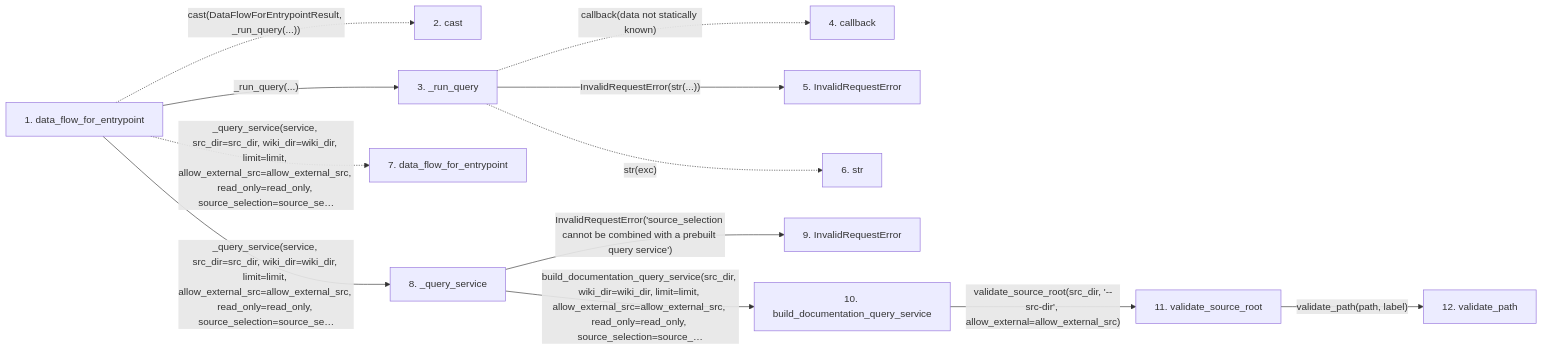
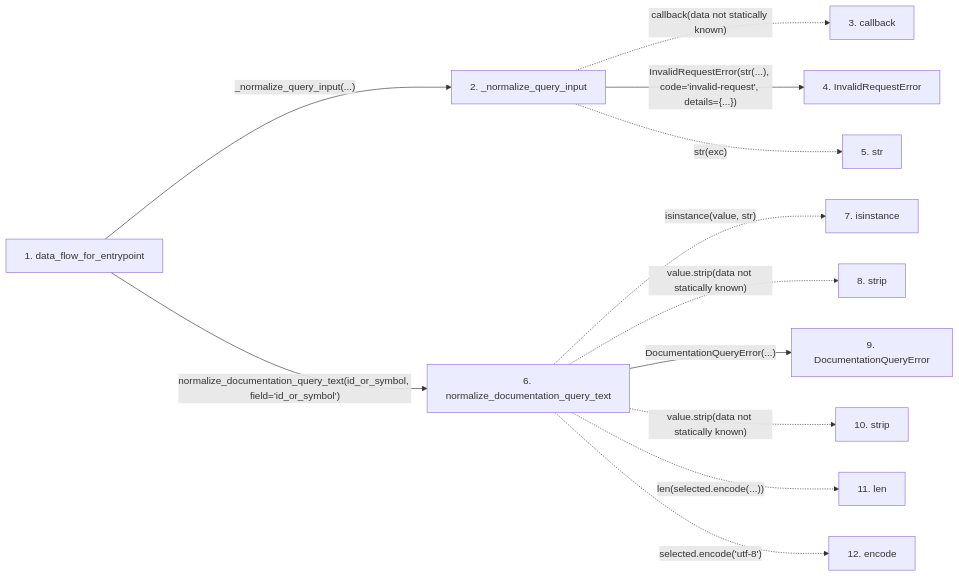
Before and after one commit to Denissvgn/python-wiki-llm: the second of 2 diagrams in docs/llm_wiki/flows/api-data_flow_for_entrypoint.md, drawn with Mermaid. The commit also changed other lines of this file and 364 other files, not shown here.

````diff
--- a/docs/llm_wiki/flows/api-data_flow_for_entrypoint.md
+++ b/docs/llm_wiki/flows/api-data_flow_for_entrypoint.md
@@ -85,34 +83,31 @@
 ```mermaid
 flowchart LR
     s1["1. data_flow_for_entrypoint"]
-    s2["2. cast"]
-    s3["3. _run_query"]
-    s4["4. callback"]
-    s5["5. InvalidRequestError"]
-    s6["6. str"]
-    s7["7. data_flow_for_entrypoint"]
-    s8["8. _query_service"]
-    s9["9. InvalidRequestError"]
-    s10["10. build_documentation_query_service"]
-    s11["11. validate_source_root"]
-    s12["12. validate_path"]
-    s1 -. "cast(DataFlowForEntrypointResult, _run_query(...))" .-> s2
-    s1 -->|"_run_query(...)"| s3
-    s3 -. "callback(data not statically known)" .-> s4
-    s3 -->|"InvalidRequestError(str(...))"| s5
-    s3 -. "str(exc)" .-> s6
-    s1 -. "_query_service(service, src_dir=src_dir, wiki_dir=wiki_dir, limit=limit, allow_external_src=allow_external_src, read_only=read_only, source_selection=source_se…" .-> s7
-    s1 -->|"_query_service(service, src_dir=src_dir, wiki_dir=wiki_dir, limit=limit, allow_external_src=allow_external_src, read_only=read_only, source_selection=source_se…"| s8
-    s8 -->|"InvalidRequestError('source_selection cannot be combined with a prebuilt query service')"| s9
-    s8 -->|"build_documentation_query_service(src_dir, wiki_dir=wiki_dir, limit=limit, allow_external_src=allow_external_src, read_only=read_only, source_selection=source_…"| s10
-    s10 -->|"validate_source_root(src_dir, '--src-dir', allow_external=allow_external_src)"| s11
-    s11 -->|"validate_path(path, label)"| s12
+    s2["2. _normalize_query_input"]
+    s3["3. callback"]
+    s4["4. InvalidRequestError"]
+    s5["5. str"]
+    s6["6. normalize_documentation_query_text"]
+    s7["7. isinstance"]
+    s8["8. strip"]
+    s9["9. DocumentationQueryError"]
+    s10["10. strip"]
+    s11["11. len"]
+    s12["12. encode"]
+    s1 -->|"_normalize_query_input(...)"| s2
+    s2 -. "callback(data not statically known)" .-> s3
+    s2 -->|"InvalidRequestError(str(...), code='invalid-request', details={...})"| s4
+    s2 -. "str(exc)" .-> s5
+    s1 -->|"normalize_documentation_query_text(id_or_symbol, field='id_or_symbol')"| s6
+    s6 -. "isinstance(value, str)" .-> s7
+    s6 -. "value.strip(data not statically known)" .-> s8
+    s6 -->|"DocumentationQueryError(...)"| s9
+    s6 -. "value.strip(data not statically known)" .-> s10
+    s6 -. "len(selected.encode(...))" .-> s11
+    s6 -. "selected.encode('utf-8')" .-> s12
     click s1 "../modules/api.md"
-    click s3 "../modules/api.md"
-    click s5 "../modules/api.md"
-    click s8 "../modules/api.md"
-    click s9 "../modules/api.md"
-    click s10 "../modules/api.md"
-    click s11 "../modules/config.md"
-    click s12 "../modules/config.md"
+    click s2 "../modules/api.md"
+    click s4 "../modules/api.md"
+    click s6 "../modules/documentation_query_builder.md"
+    click s9 "../modules/documentation_queries.md"
 ```
````
